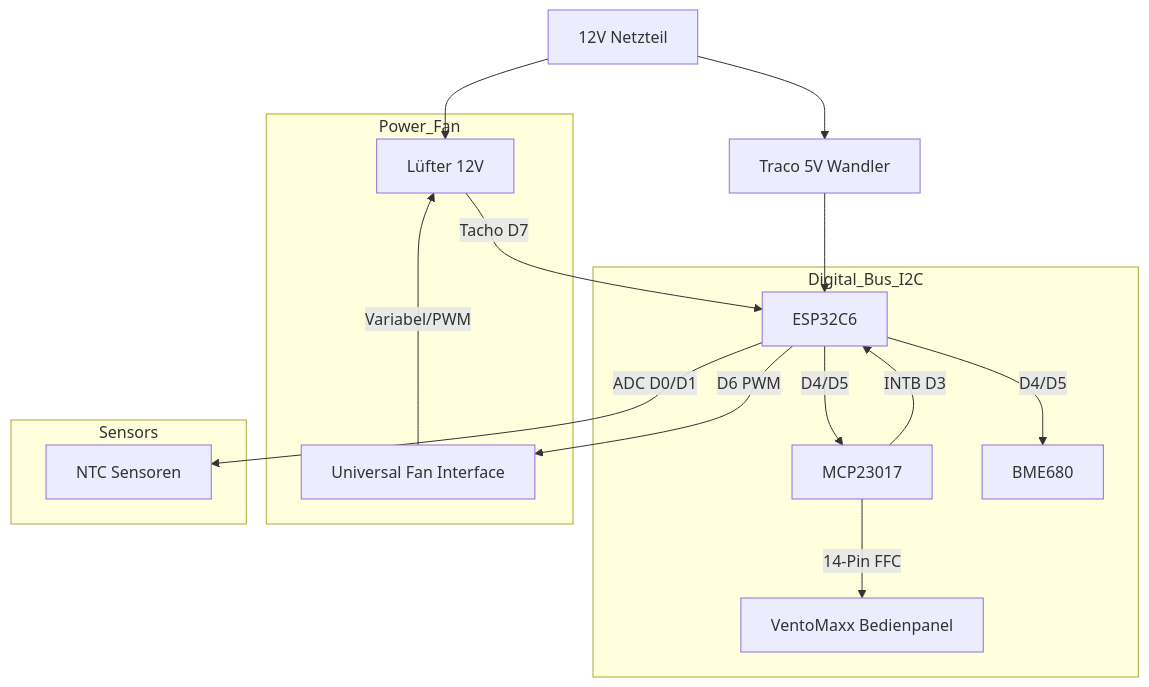
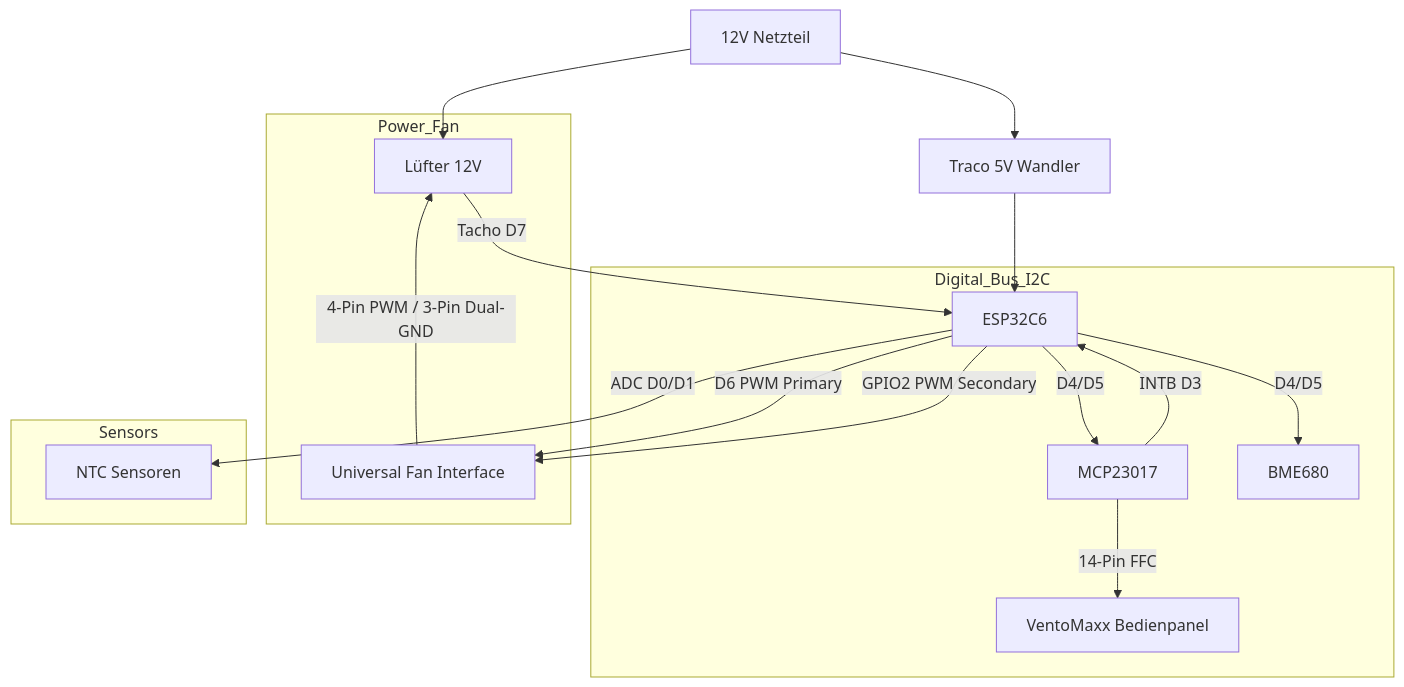
One commit to thomasengeroff-dotcom/ESPHome-Wohnraumlueftung changed the first of 2 diagrams in Readme.md. Above: the diagram before and after it, drawn with Mermaid. The commit also changed other lines of this file and 13 other files, not shown here.

````diff
--- a/Readme.md
+++ b/Readme.md
@@ -182,23 +183,24 @@
 ```mermaid
 graph TD
     PSU[12V Netzteil] --> FAN[Lüfter Motor]
     PSU --> TRACO[Traco 5V Wandler]
     TRACO --> XIAO[ESP32C6]
 
     subgraph Digital_Bus_I2C
     XIAO -->|D4/D5| MCP[MCP23017]
     XIAO -->|D4/D5| BME[BME680]
     MCP -->|14-Pin FFC| PANEL[VentoMaxx Bedienpanel]
     end
 
     subgraph Power_Fan
-    XIAO -->|D6 PWM| FAN_CTRL[Universal Fan Interface]
-    FAN_CTRL -->|Variabel/PWM| FAN[Lüfter 12V]
+    XIAO -->|D6 PWM Primary| FAN_CTRL[Universal Fan Interface]
+    XIAO -->|GPIO2 PWM Secondary| FAN_CTRL
+    FAN_CTRL -->|4-Pin PWM / 3-Pin Dual-GND| FAN[Lüfter 12V]
     FAN -->|Tacho D7| XIAO
     end
 
     subgraph Sensors
     XIAO -->|ADC D0/D1| NTCS[NTC Sensoren]
     MCP -->|INTB D3| XIAO
     end
 ```
````
